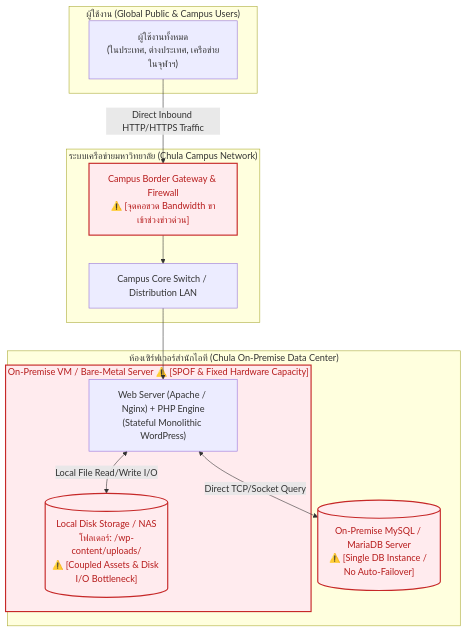
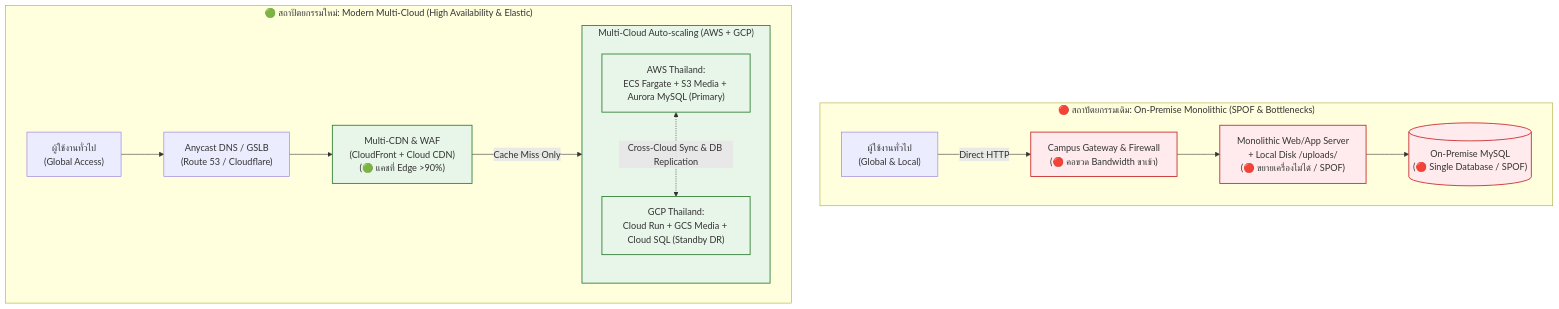
One commit to PhoengZ/software-defined-system-course changed the first of 3 diagrams in act8/slide_4_5_www_chula.md. Above: the diagram before and after it, drawn with Mermaid. The commit also changed other lines of this file and 1 other file, not shown here.

Commit message:
docs(act8): optimize mermaid diagrams for compact single-page capture

````diff
--- a/act8/slide_4_5_www_chula.md
+++ b/act8/slide_4_5_www_chula.md
@@ -12,33 +15,29 @@
 ```mermaid
-flowchart TD
-    subgraph Users_Old ["ผู้ใช้งาน (Global Public & Campus Users)"]
-        User_Old["ผู้ใช้งานทั้งหมด\n(ในประเทศ, ต่างประเทศ, เครือข่ายในจุฬาฯ)"]
+flowchart TB
+    subgraph OLD ["🔴 สถาปัตยกรรมเดิม: On-Premise Monolithic (SPOF & Bottlenecks)"]
+        direction LR
+        U1["ผู้ใช้งานทั่วไป\n(Global & Local)"] -->|"Direct HTTP"| GW["Campus Gateway & Firewall\n(🔴 คอขวด Bandwidth ขาเข้า)"]
+        GW --> SVR["Monolithic Web/App Server\n+ Local Disk /uploads/\n(🔴 ขยายเครื่องไม่ได้ / SPOF)"]
+        SVR --> DB1[("On-Premise MySQL\n(🔴 Single Database / SPOF)")]
     end
 
-    subgraph Campus_Network ["ระบบเครือข่ายมหาวิทยาลัย (Chula Campus Network)"]
-        Border_GW["Campus Border Gateway & Firewall\n⚠️ [จุดคอขวด Bandwidth ขาเข้าช่วงข่าวด่วน]"]
-        Core_SW["Campus Core Switch / Distribution LAN"]
+    subgraph NEW ["🟢 สถาปัตยกรรมใหม่: Modern Multi-Cloud (High Availability & Elastic)"]
+        direction LR
+        U2["ผู้ใช้งานทั่วไป\n(Global Access)"] --> DNS["Anycast DNS / GSLB\n(Route 53 / Cloudflare)"]
+        DNS --> CDN["Multi-CDN & WAF\n(CloudFront + Cloud CDN)\n(🟢 แคชที่ Edge >90%)"]
+        
+        subgraph CLOUD_RUN ["Multi-Cloud Auto-scaling (AWS + GCP)"]
+            direction TB
+            AWS["AWS Thailand:\nECS Fargate + S3 Media + Aurora MySQL (Primary)"]
+            GCP["GCP Thailand:\nCloud Run + GCS Media + Cloud SQL (Standby DR)"]
+            AWS <-.->|"Cross-Cloud Sync & DB Replication"| GCP
+        end
+        
+        CDN -->|"Cache Miss Only"| CLOUD_RUN
     end
 
-    subgraph DC_Chula ["ห้องเซิร์ฟเวอร์สำนักไอที (Chula On-Premise Data Center)"]
-        subgraph Monolith_Server ["On-Premise VM / Bare-Metal Server ⚠️ [SPOF & Fixed Hardware Capacity]"]
-            Web_App["Web Server (Apache / Nginx) + PHP Engine\n(Stateful Monolithic WordPress)"]
-            Local_Disk[("Local Disk Storage / NAS\nโฟลเดอร์: /wp-content/uploads/\n⚠️ [Coupled Assets & Disk I/O Bottleneck]")]
-        end
-        
-        DB_Server[("On-Premise MySQL / MariaDB Server\n⚠️ [Single DB Instance / No Auto-Failover]")]
-    end
-
-    %% User Request Flow
-    User_Old -->|"Direct Inbound HTTP/HTTPS Traffic"| Border_GW
-    Border_GW --> Core_SW
-    Core_SW --> Web_App
-
-    %% Internal Communication
-    Web_App <-->|"Local File Read/Write I/O"| Local_Disk
-    Web_App <-->|"Direct TCP/Socket Query"| DB_Server
-
-    %% Styling Callouts
-    classDef bottleneck fill:#ffebee,stroke:#c62828,stroke-width:2px,color:#b71c1c;
-    class Border_GW,Monolith_Server,DB_Server,Local_Disk bottleneck;
+    classDef redBox fill:#ffebee,stroke:#c62828,stroke-width:1.5px;
+    classDef greenBox fill:#e8f5e9,stroke:#2e7d32,stroke-width:1.5px;
+    class GW,SVR,DB1 redBox;
+    class CDN,CLOUD_RUN,AWS,GCP greenBox;
 ```
````
